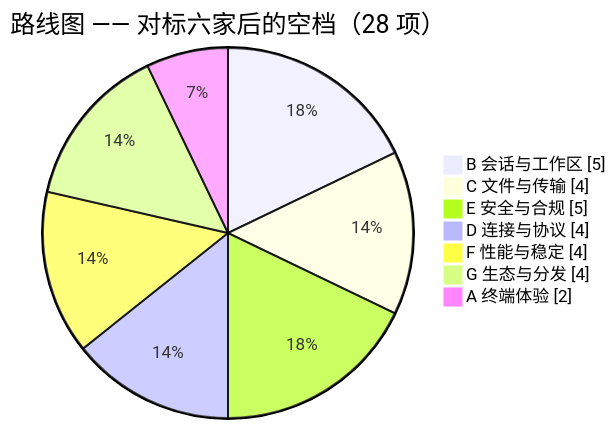
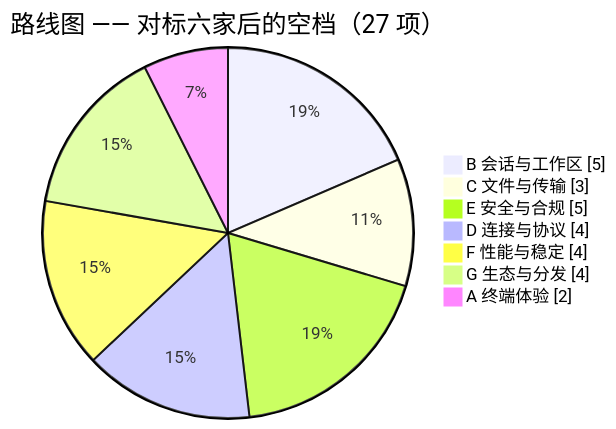
The second of 2 diagrams in feature-plan.md (falcon-jin/VelaShell), drawn with Mermaid before and after one commit. The commit also changed other lines of this file and 43 other files, not shown here.

````diff
--- a/feature-plan.md
+++ b/feature-plan.md
@@ -51,11 +51,11 @@
 ```mermaid
 pie showData
-    title 路线图 —— 对标六家后的空档（28 项）
+    title 路线图 —— 对标六家后的空档（27 项）
     "B 会话与工作区" : 5
-    "C 文件与传输" : 4
+    "C 文件与传输" : 3
     "E 安全与合规" : 5
     "D 连接与协议" : 4
     "F 性能与稳定" : 4
     "G 生态与分发" : 4
     "A 终端体验" : 2
 ```
````
